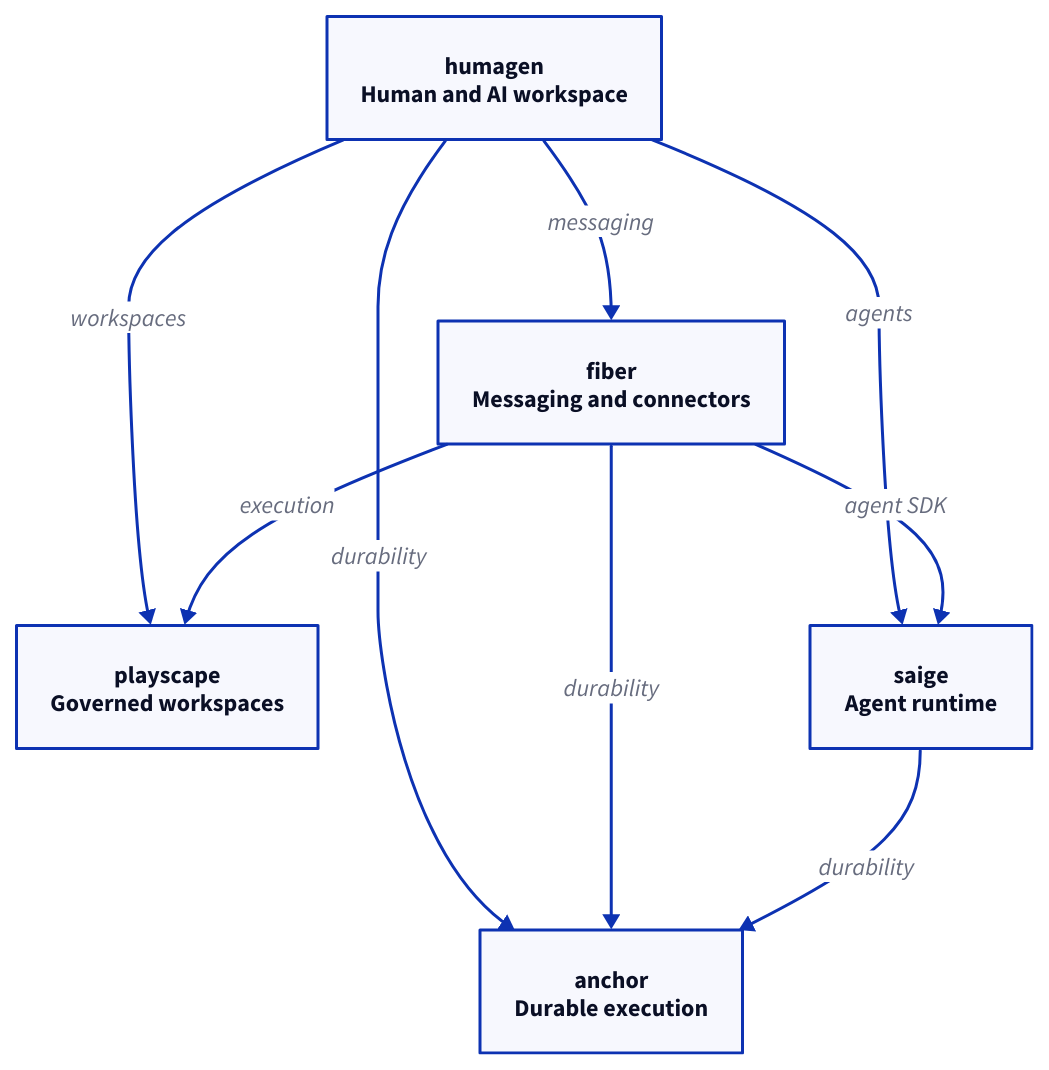
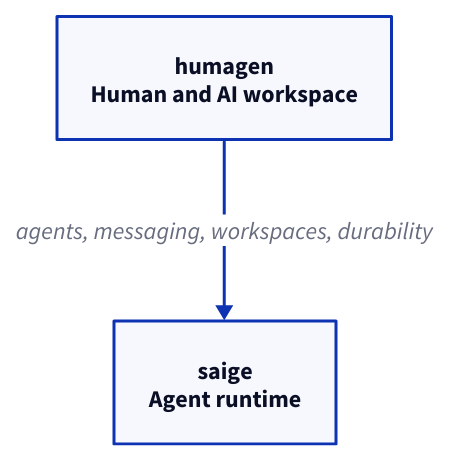
One commit to urmzd/urmzd changed the diagram in assets/stack.d2. Above: the diagram before and after it, drawn with D2. The commit also changed 4 other files, not shown here.

```diff
--- a/assets/stack.d2
+++ b/assets/stack.d2
@@ -1,15 +1,5 @@
 # Generated from profile.toml. Do not edit by hand.
 direction: down
 humagen: "humagen\nHuman and AI workspace" {class: project}
-fiber: "fiber\nMessaging and connectors" {class: project}
-playscape: "playscape\nGoverned workspaces" {class: project}
 saige: "saige\nAgent runtime" {class: project}
-anchor: "anchor\nDurable execution" {class: project}
-humagen -> fiber: "messaging" {class: dependency}
-humagen -> saige: "agents" {class: dependency}
-humagen -> playscape: "workspaces" {class: dependency}
-humagen -> anchor: "durability" {class: dependency}
-fiber -> playscape: "execution" {class: dependency}
-fiber -> saige: "agent SDK" {class: dependency}
-fiber -> anchor: "durability" {class: dependency}
-saige -> anchor: "durability" {class: dependency}
+humagen -> saige: "agents, messaging, workspaces, durability" {class: dependency}
```
